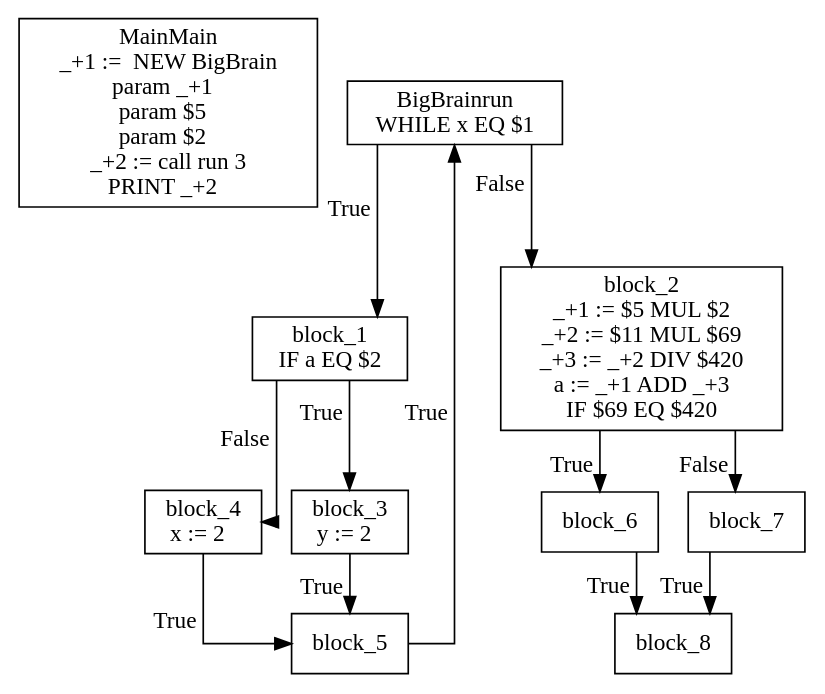
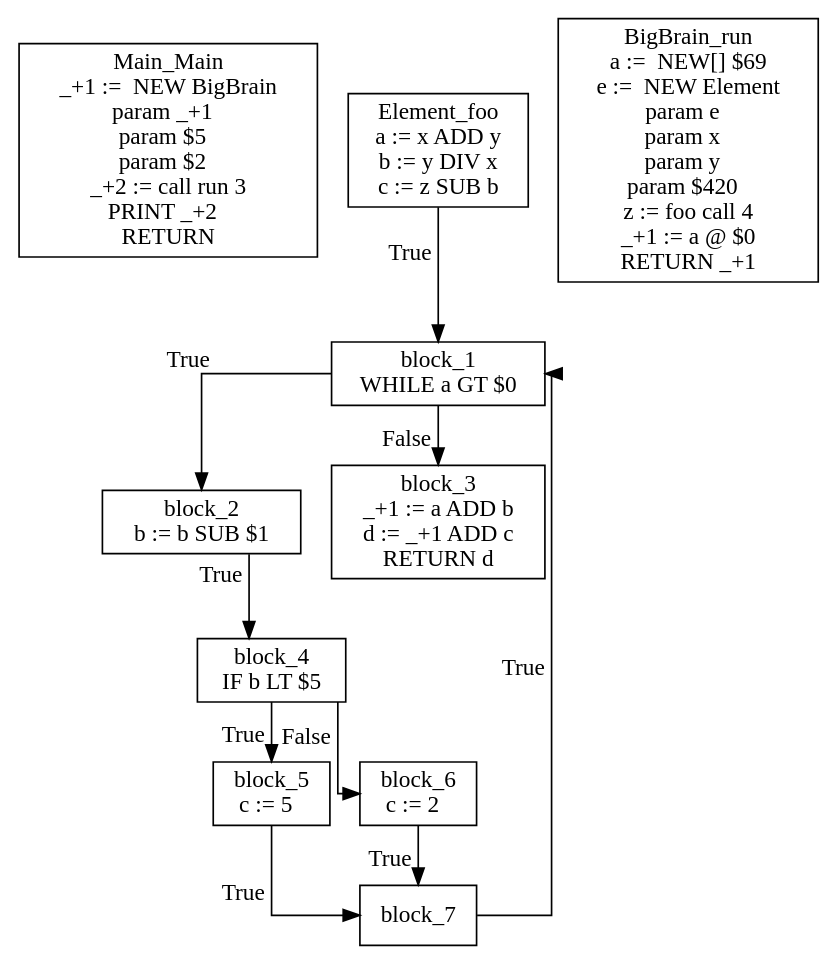
One commit to AvanaPY/DV1655_Lab1 changed the diagram in dot.dot. Above: the diagram before and after it, drawn with Graphviz. The commit also changed 2 other files, not shown here.

```diff
--- a/dot.dot
+++ b/dot.dot
@@ -1,25 +1,23 @@
 digraph {
   graph [splines=ortho]
   node [shape=box]
-  MainMain [label="MainMain\n_+1 :=  NEW BigBrain\nparam _+1  \nparam $5  \nparam $2  \n_+2 := call run 3\nPRINT _+2  \n"];
-  BigBrainrun [label="BigBrainrun\nWHILE x EQ $1\n"];
-  BigBrainrun -> block_1[xlabel="True"];
-  block_1 [label="block_1\nIF a EQ $2\n"];
-  block_1 -> block_3[xlabel="True"];
-  block_3 [label="block_3\ny := 2  \n"];
-  block_3 -> block_5[xlabel="True"];
-  block_5 [label="block_5\n"];
-  block_5 -> BigBrainrun[xlabel="True"];
-  block_1 -> block_4[xlabel="False"];
-  block_4 [label="block_4\nx := 2  \n"];
+  Main_Main [label="Main_Main\n_+1 :=  NEW BigBrain\nparam _+1  \nparam $5  \nparam $2  \n_+2 := call run 3\nPRINT _+2  \nRETURN \n"];
+  Element_foo [label="Element_foo\na := x ADD y\nb := y DIV x\nc := z SUB b\n"];
+  Element_foo -> block_1[xlabel="True"];
+  block_1 [label="block_1\nWHILE a GT $0\n"];
+  block_1 -> block_2[xlabel="True"];
+  block_2 [label="block_2\nb := b SUB $1\n"];
+  block_2 -> block_4[xlabel="True"];
+  block_4 [label="block_4\nIF b LT $5\n"];
   block_4 -> block_5[xlabel="True"];
-  BigBrainrun -> block_2[xlabel="False"];
-  block_2 [label="block_2\n_+1 := $5 MUL $2\n_+2 := $11 MUL $69\n_+3 := _+2 DIV $420\na := _+1 ADD _+3\nIF $69 EQ $420\n"];
-  block_2 -> block_6[xlabel="True"];
-  block_6 [label="block_6\n"];
-  block_6 -> block_8[xlabel="True"];
-  block_8 [label="block_8\n"];
-  block_2 -> block_7[xlabel="False"];
+  block_5 [label="block_5\nc := 5  \n"];
+  block_5 -> block_7[xlabel="True"];
   block_7 [label="block_7\n"];
-  block_7 -> block_8[xlabel="True"];
+  block_7 -> block_1[xlabel="True"];
+  block_4 -> block_6[xlabel="False"];
+  block_6 [label="block_6\nc := 2  \n"];
+  block_6 -> block_7[xlabel="True"];
+  block_1 -> block_3[xlabel="False"];
+  block_3 [label="block_3\n_+1 := a ADD b\nd := _+1 ADD c\nRETURN d\n"];
+  BigBrain_run [label="BigBrain_run\na :=  NEW[] $69\ne :=  NEW Element\nparam e  \nparam x  \nparam y  \nparam $420  \nz := foo call 4\n_+1 := a @ $0\nRETURN _+1\n"];
 }
```
